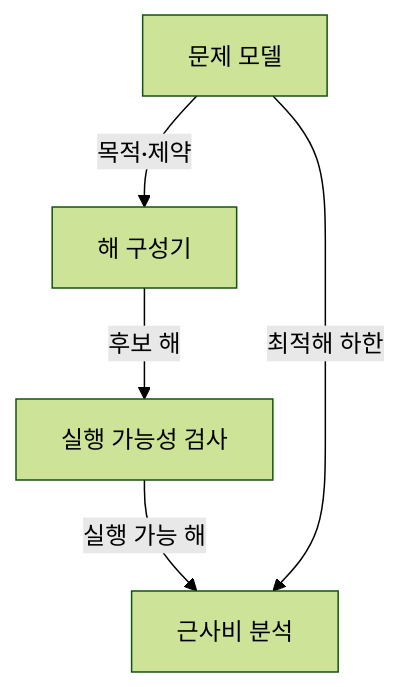
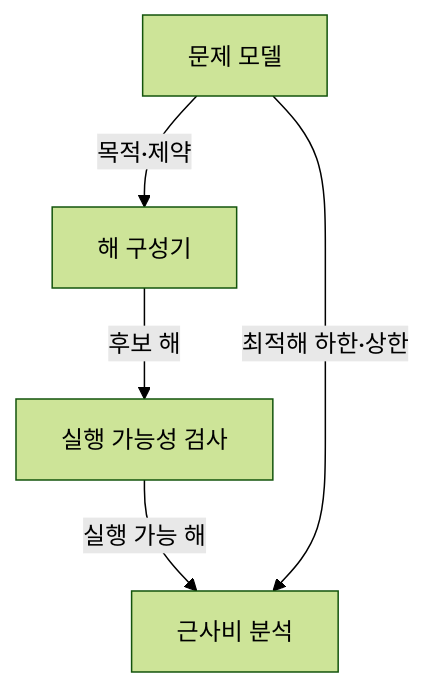
The first of 2 diagrams in src/content/docs/notes/01-basic-theory/060_approximation_algo.md (agnusdei1207/knowledge-base), drawn with Mermaid (forest theme) before and after one commit. The commit also changed other lines of this file and 19 other files, not shown here.

````diff
--- a/src/content/docs/notes/01-basic-theory/060_approximation_algo.md
+++ b/src/content/docs/notes/01-basic-theory/060_approximation_algo.md
@@ -63,7 +63,7 @@
 ```mermaid
 flowchart TB
     M["문제 모델"] -->|"목적·제약"| C["해 구성기"]
     C -->|"후보 해"| V["실행 가능성 검사"]
     V -->|"실행 가능 해"| B["근사비 분석"]
-    M -->|"최적해 하한"| B
+    M -->|"최적해 하한·상한"| B
 ```
````
